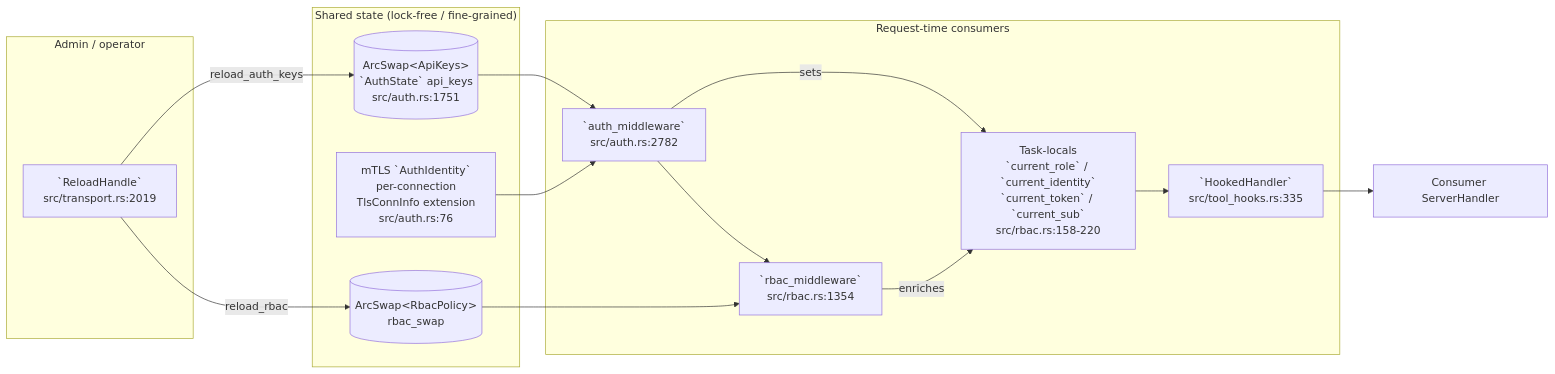
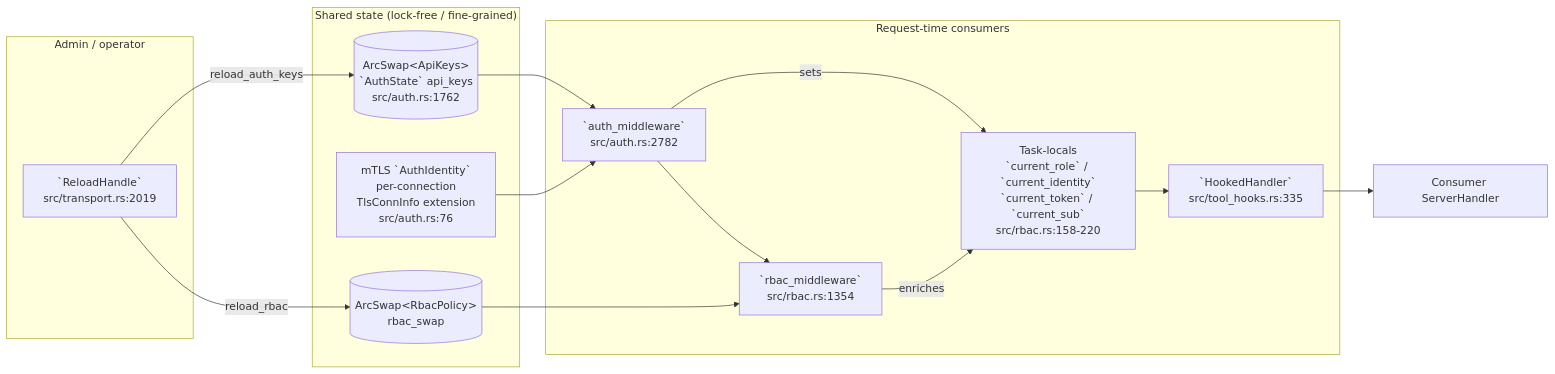
One commit to andrico21/rmcp-server-kit changed the third of 4 diagrams in docs/MINDMAP.md. Above: the diagram before and after it, drawn with Mermaid. The commit also changed other lines of this file and 8 other files, not shown here.

````diff
--- a/docs/MINDMAP.md
+++ b/docs/MINDMAP.md
@@ -332,31 +345,31 @@
 ```mermaid
 flowchart LR
     subgraph Admin["Admin / operator"]
         RH[`ReloadHandle`<br/>src/transport.rs:2019]
     end
 
     subgraph SharedState["Shared state (lock-free / fine-grained)"]
-        AKS[(ArcSwap&lt;ApiKeys&gt;<br/>`AuthState` api_keys<br/>src/auth.rs:1751)]
+        AKS[(ArcSwap&lt;ApiKeys&gt;<br/>`AuthState` api_keys<br/>src/auth.rs:1762)]
         RBS[(ArcSwap&lt;RbacPolicy&gt;<br/>rbac_swap)]
         MTL[mTLS `AuthIdentity`<br/>per-connection<br/>TlsConnInfo extension<br/>src/auth.rs:76]
     end
 
     subgraph Hot["Request-time consumers"]
         AM[`auth_middleware`<br/>src/auth.rs:2782]
         BM[`rbac_middleware`<br/>src/rbac.rs:1354]
         TL["Task-locals<br/>`current_role` / `current_identity`<br/>`current_token` / `current_sub`<br/>src/rbac.rs:158-220"]
         TH[`HookedHandler`<br/>src/tool_hooks.rs:335]
     end
 
     RH -- reload_auth_keys --> AKS
     RH -- reload_rbac --> RBS
 
     AKS --> AM
     MTL --> AM
     AM -- sets --> TL
     AM --> BM
     RBS --> BM
     BM -- enriches --> TL
     TL --> TH
     TH --> Consumer[Consumer ServerHandler]
 ```
````
